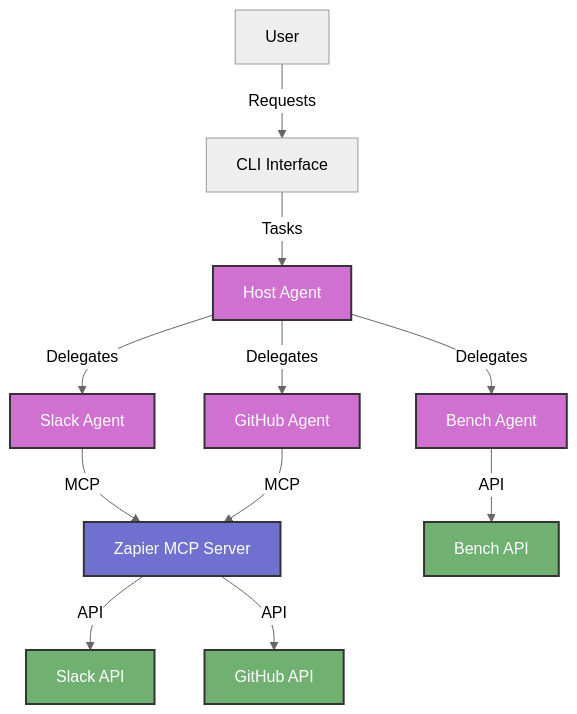
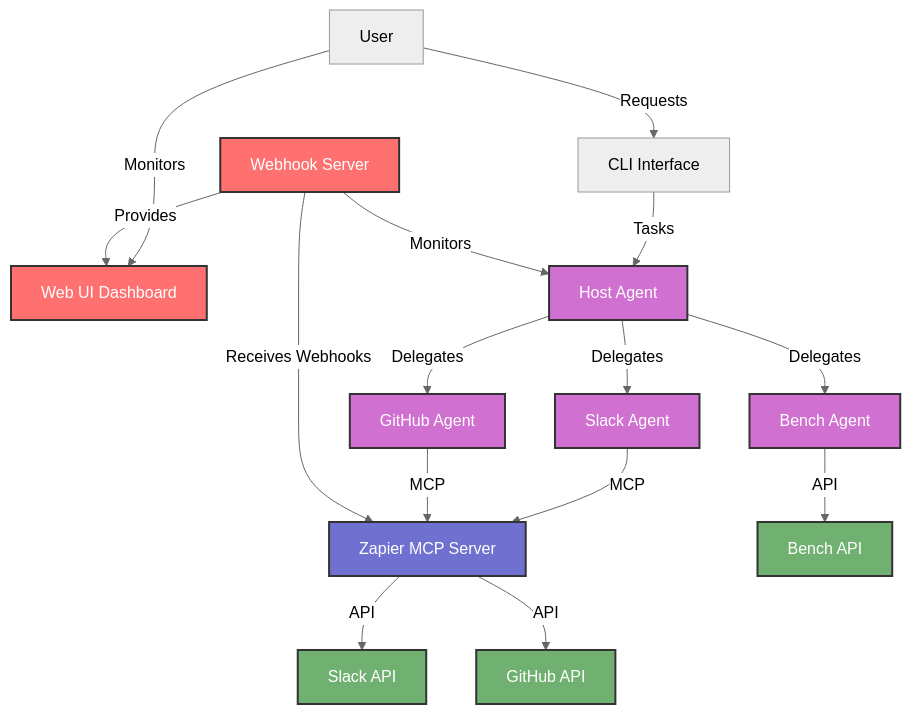
The first of 3 diagrams in README.md (DamienBench/a2a-mcp-webhook-workshop), drawn with Mermaid (neutral theme) before and after one commit. The commit also changed other lines of this file, not shown here.

````diff
--- a/README.md
+++ b/README.md
@@ -46,23 +50,30 @@
 ```mermaid
 graph TD
     User[User] -->|Requests| CLI[CLI Interface]
+    User -->|Monitors| WebUI[Web UI Dashboard]
     CLI -->|Tasks| Host[Host Agent]
     Host -->|Delegates| SlackAgent[Slack Agent]
     Host -->|Delegates| GitHubAgent[GitHub Agent]
     Host -->|Delegates| BenchAgent[Bench Agent]
     
     SlackAgent -->|MCP| Zapier[Zapier MCP Server]
     GitHubAgent -->|MCP| Zapier
     BenchAgent -->|API| BenchAPI[Bench API]
     
     Zapier -->|API| SlackAPI[Slack API]
     Zapier -->|API| GitHubAPI[GitHub API]
     
+    WebhookServer[Webhook Server] -->|Provides| WebUI
+    WebhookServer -->|Monitors| Host
+    WebhookServer -->|Receives Webhooks| Zapier
+    
     class Host,SlackAgent,GitHubAgent,BenchAgent agent;
     class Zapier middleware;
     class SlackAPI,GitHubAPI,BenchAPI external;
+    class WebhookServer,WebUI monitoring;
     
     classDef agent fill:#d070d0,stroke:#333,stroke-width:2px,color:#fff;
     classDef middleware fill:#7070d0,stroke:#333,stroke-width:2px,color:#fff;
     classDef external fill:#70b070,stroke:#333,stroke-width:2px,color:#fff;
+    classDef monitoring fill:#ff7070,stroke:#333,stroke-width:2px,color:#fff;
 ```
````
